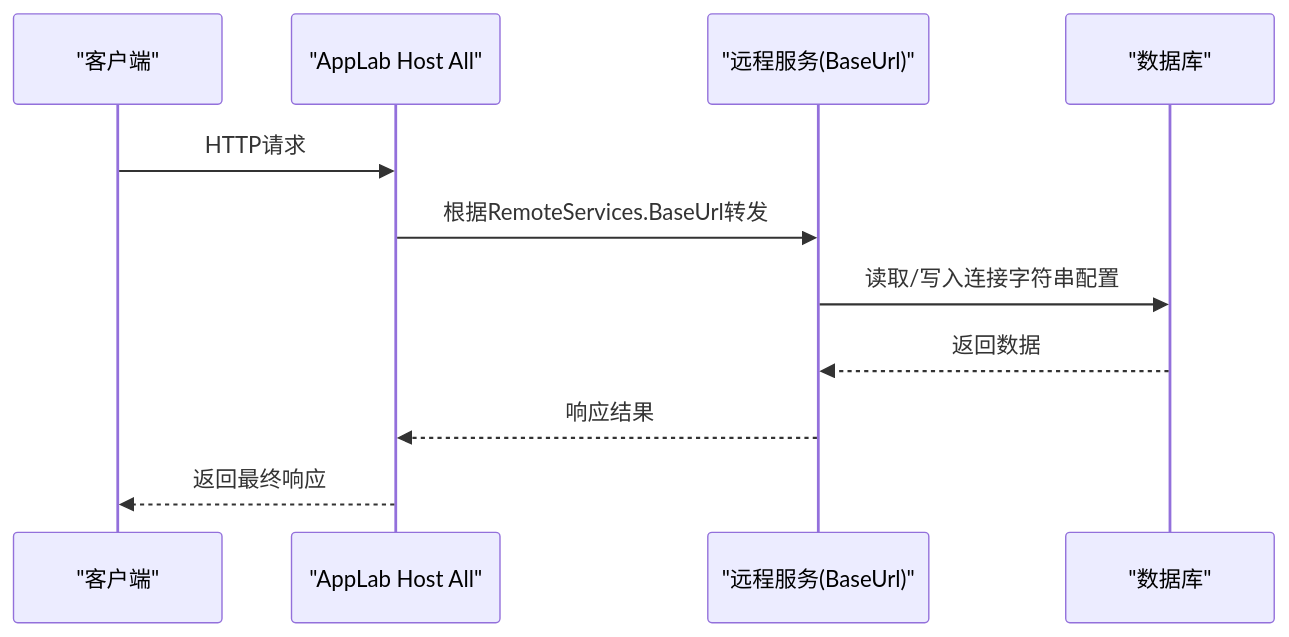
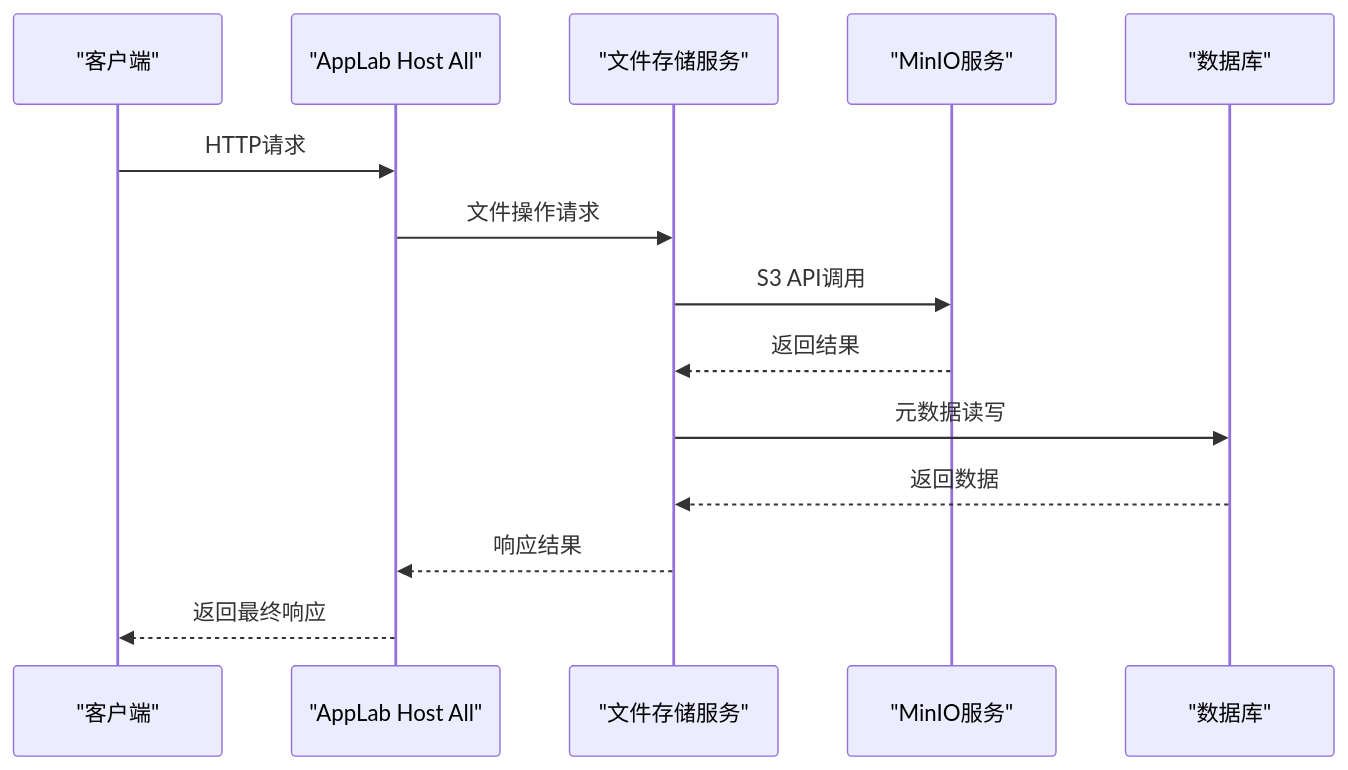
One commit to openlowcodelab/lowcode changed the fourth of 7 diagrams in .qoder/repowiki/zh/content/部署运维/Docker容器化部署.md. Above: the diagram before and after it, drawn with Mermaid. The commit also changed other lines of this file and 24 other files, not shown here.

````diff
--- a/.qoder/repowiki/zh/content/部署运维/Docker容器化部署.md
+++ b/.qoder/repowiki/zh/content/部署运维/Docker容器化部署.md
@@ -137,13 +176,16 @@
 ```mermaid
 sequenceDiagram
 participant Client as "客户端"
 participant Host as "AppLab Host All"
-participant Service as "远程服务(BaseUrl)"
+participant FileSvc as "文件存储服务"
+participant MinIO as "MinIO服务"
 participant DB as "数据库"
 Client->>Host : HTTP请求
-Host->>Service : 根据RemoteServices.BaseUrl转发
-Service->>DB : 读取/写入连接字符串配置
-DB-->>Service : 返回数据
-Service-->>Host : 响应结果
+Host->>FileSvc : 文件操作请求
+FileSvc->>MinIO : S3 API调用
+MinIO-->>FileSvc : 返回结果
+FileSvc->>DB : 元数据读写
+DB-->>FileSvc : 返回数据
+FileSvc-->>Host : 响应结果
 Host-->>Client : 返回最终响应
 ```
````
